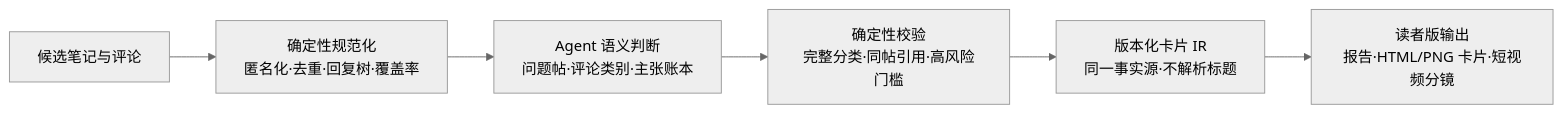
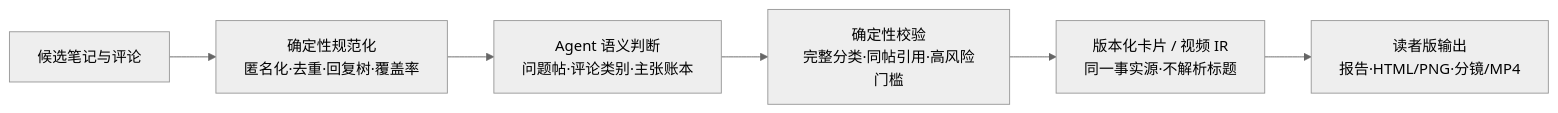
Before and after one commit to lingxuanqjc-alt/xhs-question-solutions: the diagram in README.md, drawn with Mermaid (neutral theme). The commit also changed other lines of this file and 35 other files, not shown here.

````diff
--- a/README.md
+++ b/README.md
@@ -49,8 +51,8 @@
 ```mermaid
 flowchart LR
     A["候选笔记与评论"] --> B["确定性规范化\n匿名化·去重·回复树·覆盖率"]
     B --> C["Agent 语义判断\n问题帖·评论类别·主张账本"]
     C --> D["确定性校验\n完整分类·同帖引用·高风险门槛"]
-    D --> E["版本化卡片 IR\n同一事实源·不解析标题"]
-    E --> F["读者版输出\n报告·HTML/PNG 卡片·短视频分镜"]
+    D --> E["版本化卡片 / 视频 IR\n同一事实源·不解析标题"]
+    E --> F["读者版输出\n报告·HTML/PNG·分镜/MP4"]
 ```
````
